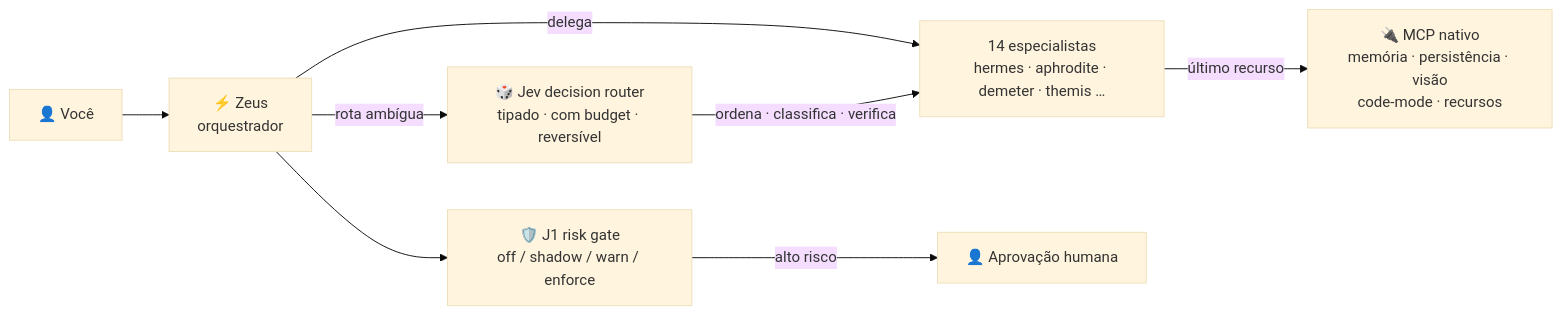
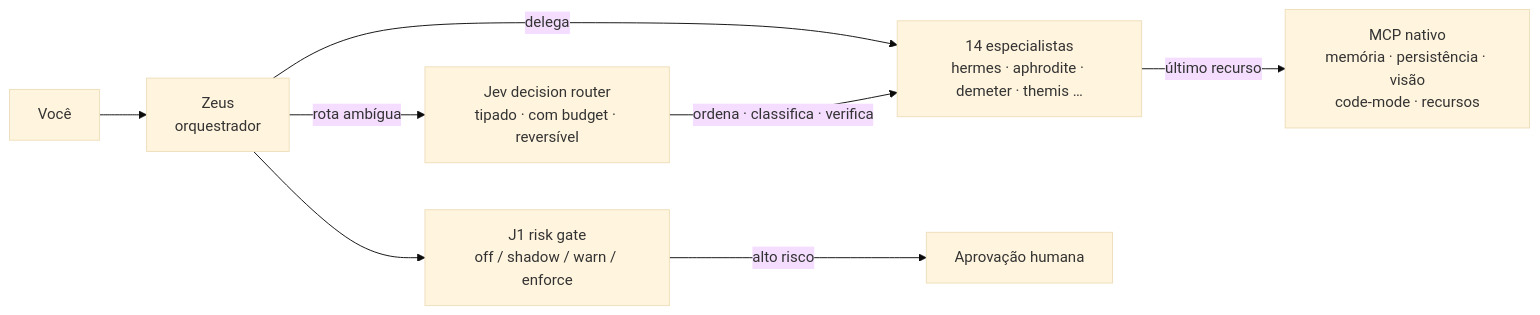
The first of 4 diagrams in README.pt-BR.md (ils15/pantheon-opencode), drawn with Mermaid (base theme) before and after one commit. The commit also changed other lines of this file and 11 other files, not shown here.

````diff
--- a/README.pt-BR.md
+++ b/README.pt-BR.md
@@ -18,10 +18,10 @@
 ```mermaid
 flowchart LR
-    U["👤 Você"] --> Z["⚡ Zeus<br/>orquestrador"]
+    U["Você"] --> Z["Zeus<br/>orquestrador"]
     Z -->|"delega"| S["14 especialistas<br/>hermes · aphrodite · demeter · themis …"]
-    Z -->|"rota ambígua"| J["🎲 Jev decision router<br/>tipado · com budget · reversível"]
+    Z -->|"rota ambígua"| J["Jev decision router<br/>tipado · com budget · reversível"]
     J -->|"ordena · classifica · verifica"| S
-    S -->|"último recurso"| M["🔌 MCP nativo<br/>memória · persistência · visão<br/>code-mode · recursos"]
-    Z --> G["🛡️ J1 risk gate<br/>off / shadow / warn / enforce"]
-    G -->|"alto risco"| H["👤 Aprovação humana"]
+    S -->|"último recurso"| M["MCP nativo<br/>memória · persistência · visão<br/>code-mode · recursos"]
+    Z --> G["J1 risk gate<br/>off / shadow / warn / enforce"]
+    G -->|"alto risco"| H["Aprovação humana"]
 ```
````
